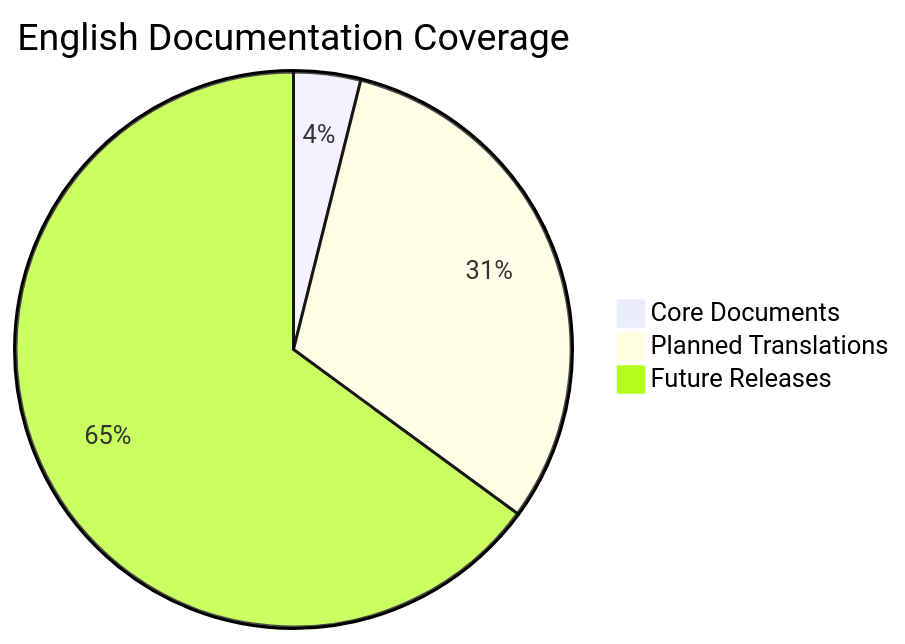
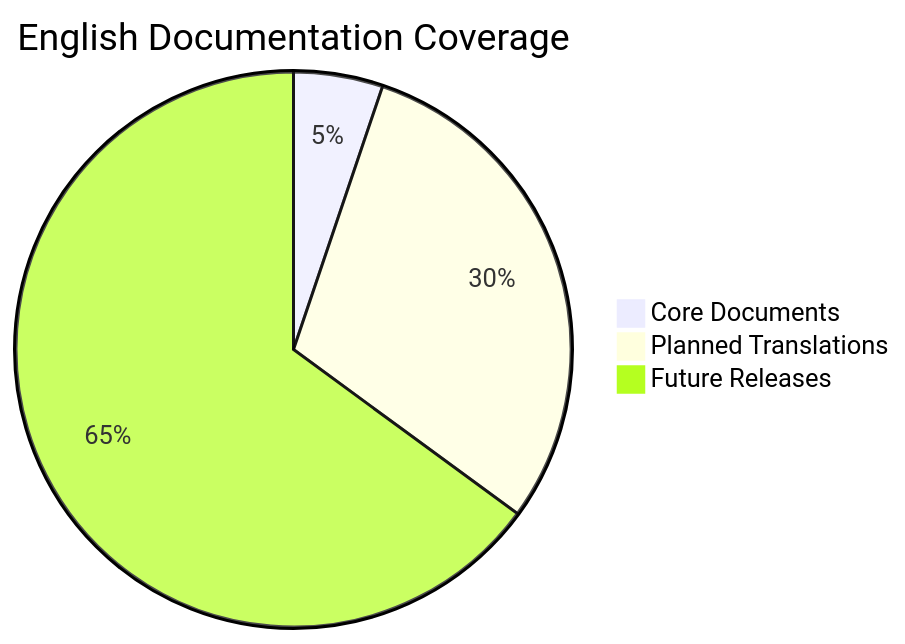
Before and after one commit to AdaMartin18010/AnalysisDataFlow: the diagram in en/00-INDEX.md, drawn with Mermaid. The commit also changed other lines of this file and 96 other files, not shown here.

````diff
--- a/en/00-INDEX.md
+++ b/en/00-INDEX.md
@@ -42,7 +44,7 @@
 ```mermaid
 pie
     title English Documentation Coverage
-    "Core Documents" : 6
-    "Planned Translations" : 48
+    "Core Documents" : 8
+    "Planned Translations" : 46
     "Future Releases" : 100
 ```
````
